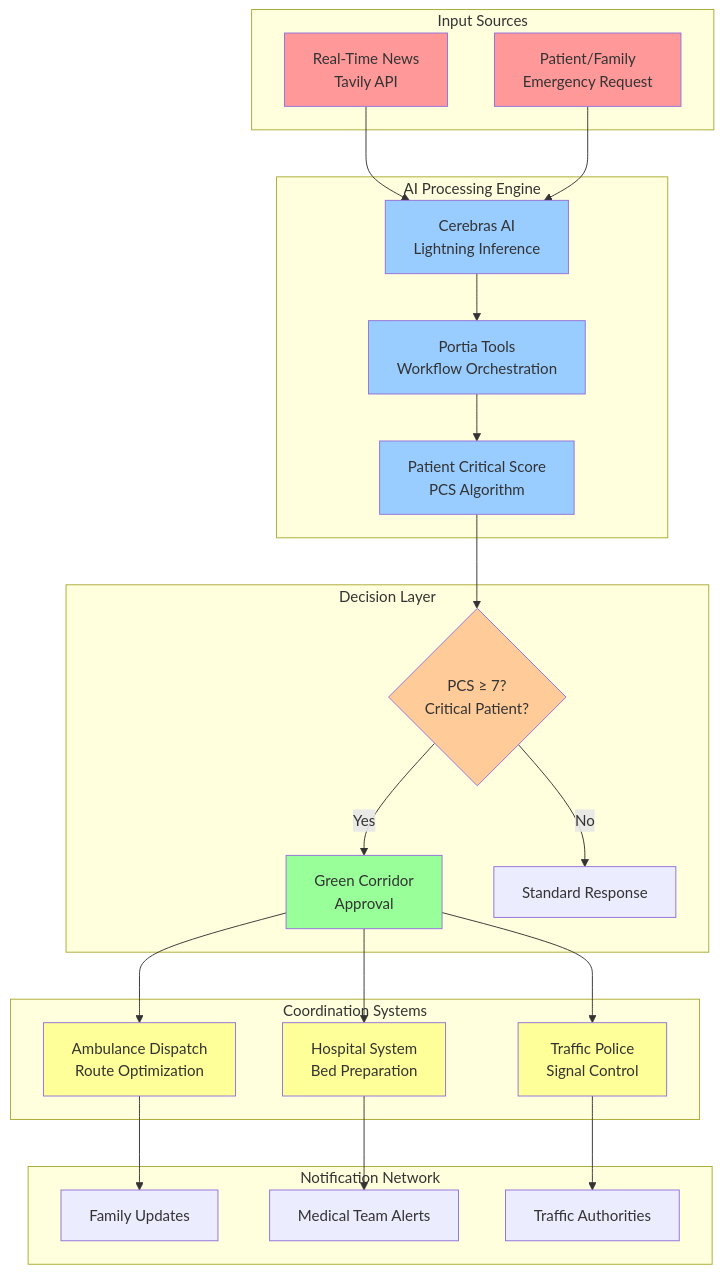
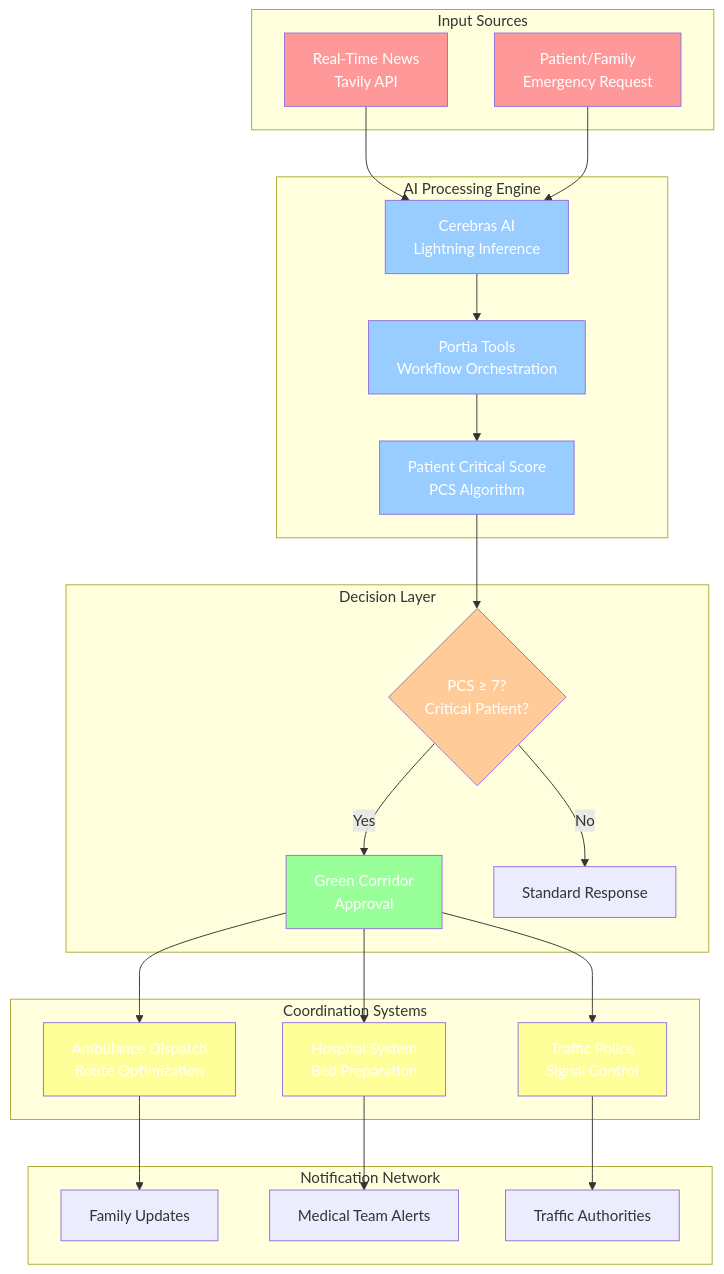
The ninth of 9 diagrams in README.md (anuj123upadhyay/llgca_agent), drawn with Mermaid before and after one commit. The commit also changed other lines of this file and 1 other file, not shown here.

````diff
--- a/README.md
+++ b/README.md
@@ -653,56 +675,56 @@
 ```mermaid
 graph TB
     subgraph "Input Sources"
         A[Real-Time News<br/>Tavily API]
         B[Patient/Family<br/>Emergency Request]
     end
 
     subgraph "AI Processing Engine"
         C[Cerebras AI<br/>Lightning Inference]
         D[Portia Tools<br/>Workflow Orchestration]
         E[Patient Critical Score<br/>PCS Algorithm]
     end
 
     subgraph "Decision Layer"
         F{PCS ≥ 7?<br/>Critical Patient?}
         G[Green Corridor<br/>Approval]
         H[Standard Response]
     end
 
     subgraph "Coordination Systems"
         I[Traffic Police<br/>Signal Control]
         J[Hospital System<br/>Bed Preparation]
         K[Ambulance Dispatch<br/>Route Optimization]
     end
 
     subgraph "Notification Network"
         L[Family Updates]
         M[Medical Team Alerts]
         N[Traffic Authorities]
     end
 
     A --> C
     B --> C
     C --> D
     D --> E
     E --> F
     F -->|Yes| G
     F -->|No| H
     G --> I
     G --> J
     G --> K
     I --> N
     J --> M
     K --> L
 
-    style A fill:#ff9999
-    style B fill:#ff9999
-    style C fill:#99ccff
-    style D fill:#99ccff
-    style E fill:#99ccff
-    style F fill:#ffcc99
-    style G fill:#99ff99
-    style I fill:#ffff99
-    style J fill:#ffff99
-    style K fill:#ffff99
+    style A fill:#ff9999,color:#fff
+    style B fill:#ff9999,color:#fff
+    style C fill:#99ccff,color:#fff
+    style D fill:#99ccff,color:#fff
+    style E fill:#99ccff,color:#fff
+    style F fill:#ffcc99,color:#fff
+    style G fill:#99ff99,color:#fff
+    style I fill:#ffff99,color:#fff
+    style J fill:#ffff99,color:#fff
+    style K fill:#ffff99,color:#fff
 ```
````
